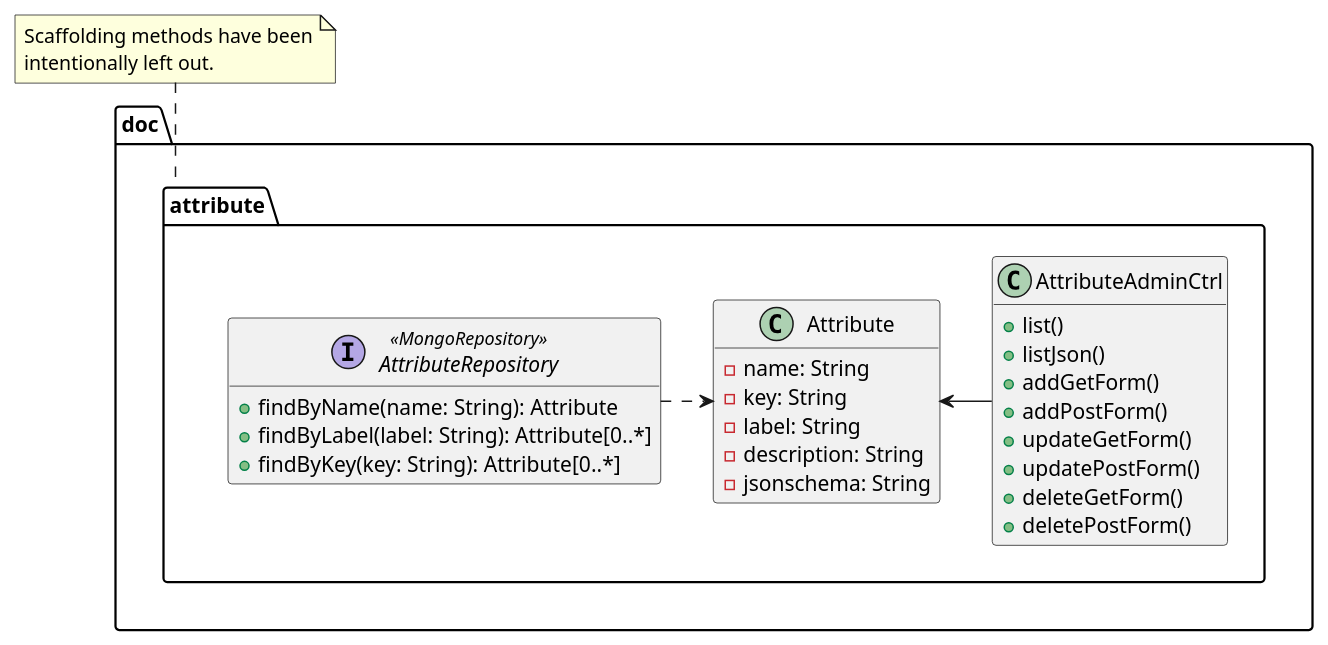
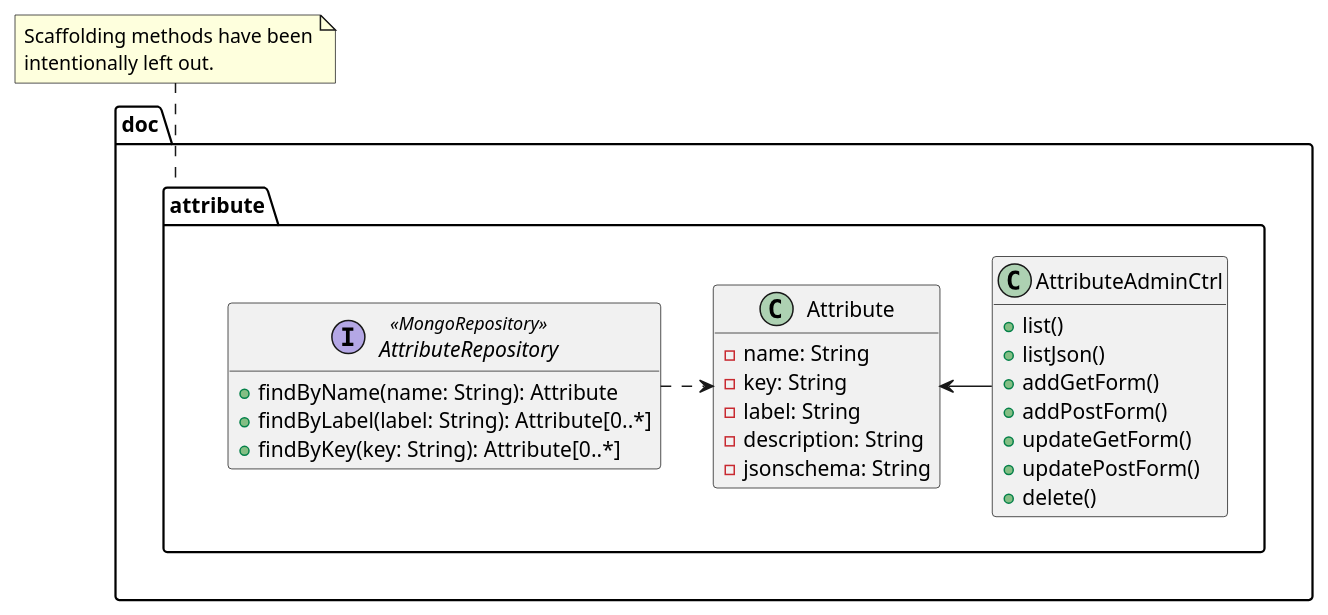
The diagram in doc/uml/doc/attribute.md (peerpub/peerpub), drawn with PlantUML before and after one commit. The commit also changed 3 other files, not shown here.

````diff
--- a/doc/uml/doc/attribute.md
+++ b/doc/uml/doc/attribute.md
@@ -1,39 +1,38 @@
 ```plantuml
 @startuml
 package doc.attribute {
   hide empty methods
   hide empty attribute
 
   class Attribute {
     -name: String
     -key: String
     -label: String
     -description: String
     -jsonschema: String
   }
 
   AttributeRepository .> Attribute
   interface AttributeRepository <<MongoRepository>> {
     +findByName(name: String): Attribute
     +findByLabel(label: String): Attribute[0..*]
     +findByKey(key: String): Attribute[0..*]
   }
 
   Attribute <- AttributeAdminCtrl
   class AttributeAdminCtrl {
     +list()
     +listJson()
     +addGetForm()
     +addPostForm()
     +updateGetForm()
     +updatePostForm()
-    +deleteGetForm()
-    +deletePostForm()
+    +delete()
   }
 }
 note top of doc.attribute
 Scaffolding methods have been
 intentionally left out.
 end note
 @enduml
 ```
````
